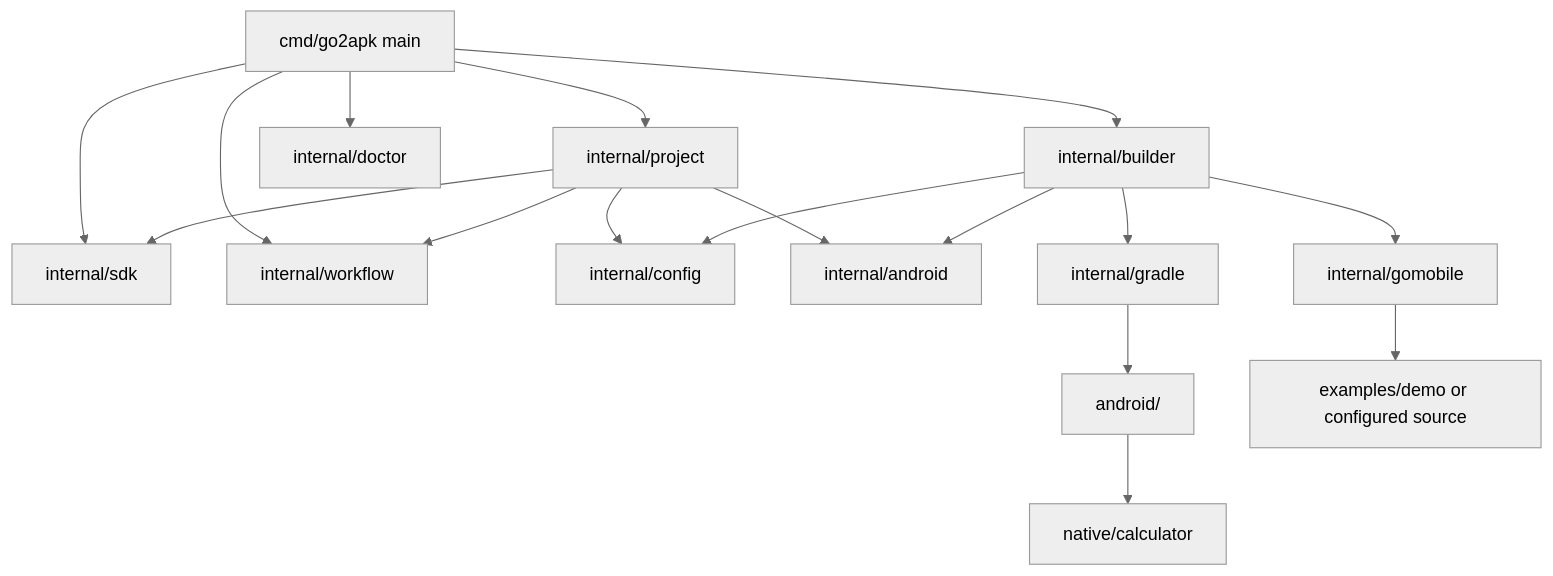
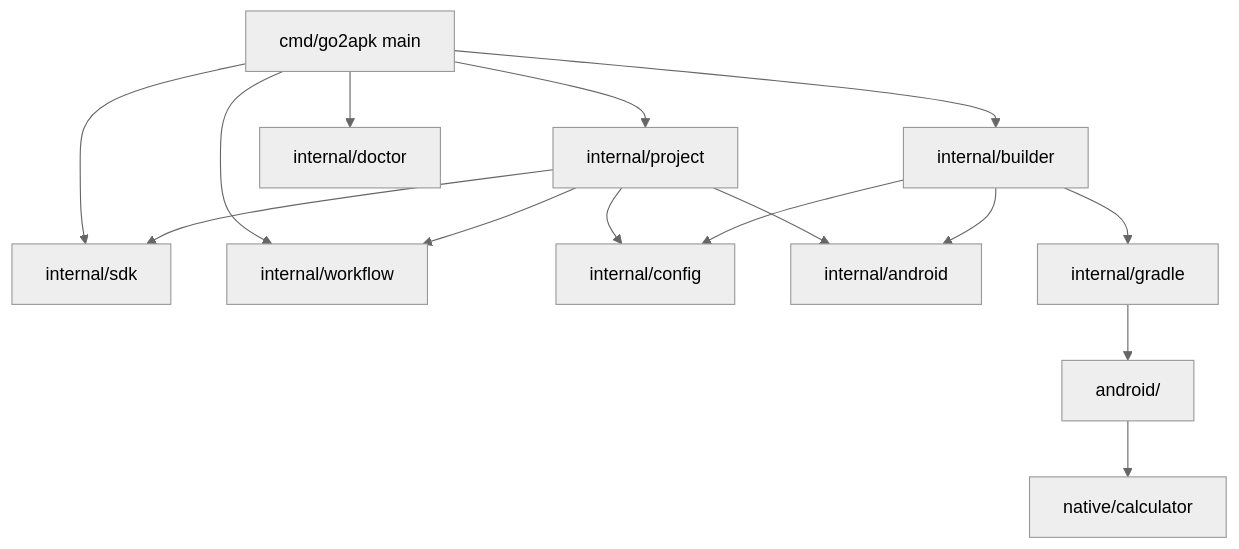
One commit to Baba01hacker666/Go2APK changed the first of 4 diagrams in WORKINGS.md. Above: the diagram before and after it, drawn with Mermaid (neutral theme). The commit also changed other lines of this file, not shown here.

Commit message:
docs: update WORKINGS.md to reflect gomobile-free architecture

````diff
--- a/WORKINGS.md
+++ b/WORKINGS.md
@@ -25,19 +23,17 @@
 ```mermaid
 flowchart TD
     CLI[cmd/go2apk main] --> Project[internal/project]
     CLI --> Builder[internal/builder]
     CLI --> Doctor[internal/doctor]
     CLI --> SDK[internal/sdk]
     CLI --> Workflow[internal/workflow]
     Project --> Config[internal/config]
     Project --> AndroidTemplates[internal/android]
     Project --> SDK
     Project --> Workflow
     Builder --> Config
-    Builder --> Gomobile[internal/gomobile]
     Builder --> Gradle[internal/gradle]
     Builder --> AndroidTemplates
     Gradle --> AndroidProject[android/]
     AndroidProject --> NativeCalculator[native/calculator]
-    Gomobile --> Demo[examples/demo or configured source]
 ```
````
